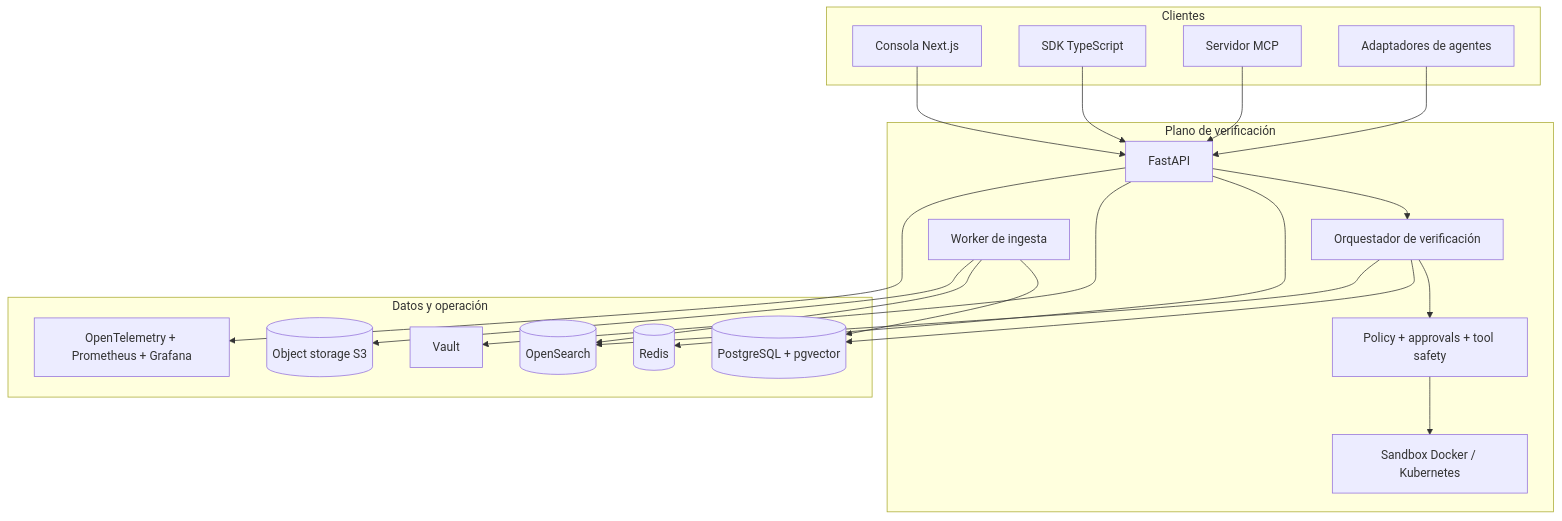
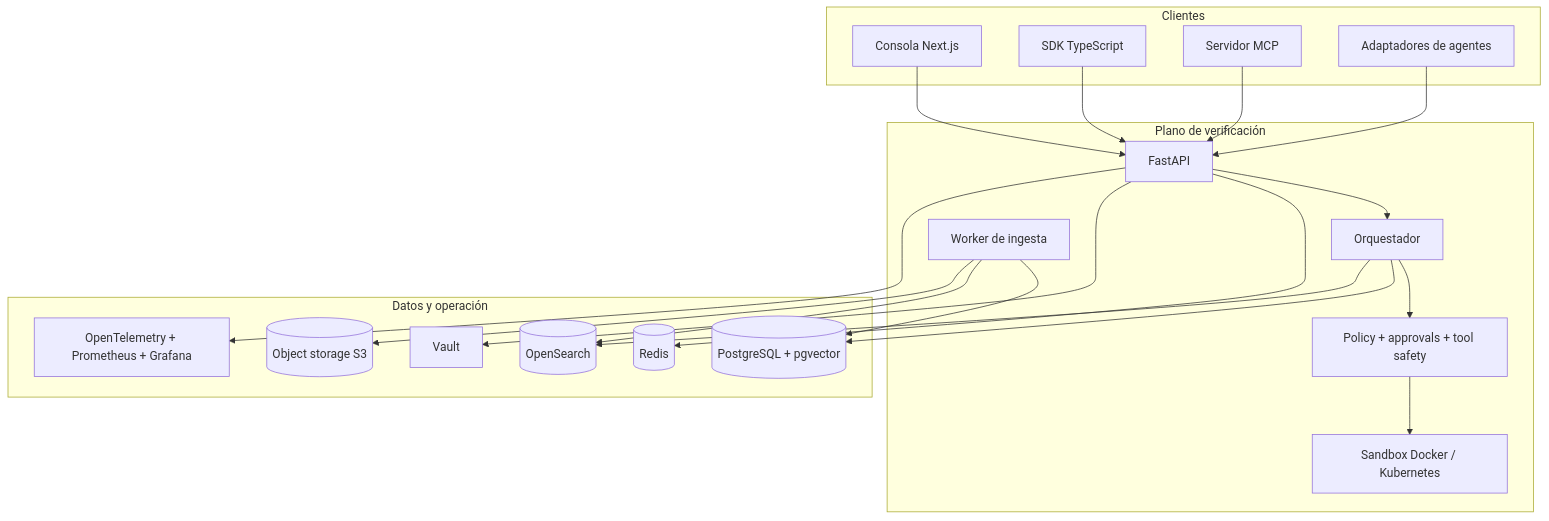
The second of 2 diagrams in README.md (Chocarlos/hallu-defense-platform), drawn with Mermaid before and after one commit. The commit also changed other lines of this file, not shown here.

````diff
--- a/README.md
+++ b/README.md
@@ -70,31 +74,29 @@
 ```mermaid
 flowchart TB
     subgraph Clientes
         UI[Consola Next.js]
         SDK[SDK TypeScript]
         MCP[Servidor MCP]
         ADP[Adaptadores de agentes]
     end
-    subgraph VERIFY["Plano de verificación"]
+    subgraph VERIFY[Plano de verificación]
         API[FastAPI]
-        ORCH[Orquestador de verificación]
+        ORCH[Orquestador]
         SAFE[Policy + approvals + tool safety]
         SBOX[Sandbox Docker / Kubernetes]
         WORKER[Worker de ingesta]
     end
-    subgraph DATA["Datos y operación"]
+    subgraph DATA[Datos y operación]
         PG[(PostgreSQL + pgvector)]
         OS[(OpenSearch)]
         REDIS[(Redis)]
         S3[(Object storage S3)]
         VAULT[Vault]
         OBS[OpenTelemetry + Prometheus + Grafana]
     end
     UI & SDK & MCP & ADP --> API
-    API --> ORCH
-    ORCH --> SAFE
-    SAFE --> SBOX
+    API --> ORCH --> SAFE --> SBOX
     ORCH --> PG & OS
     WORKER --> PG & OS & S3
     API --> REDIS & VAULT & OBS
 ```
````
